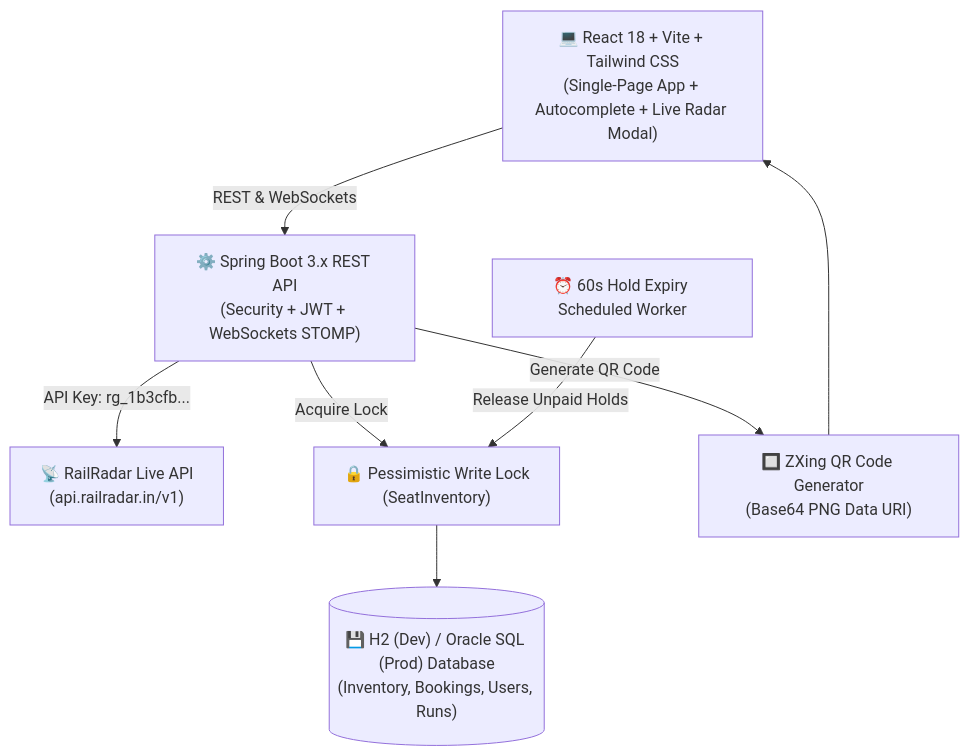
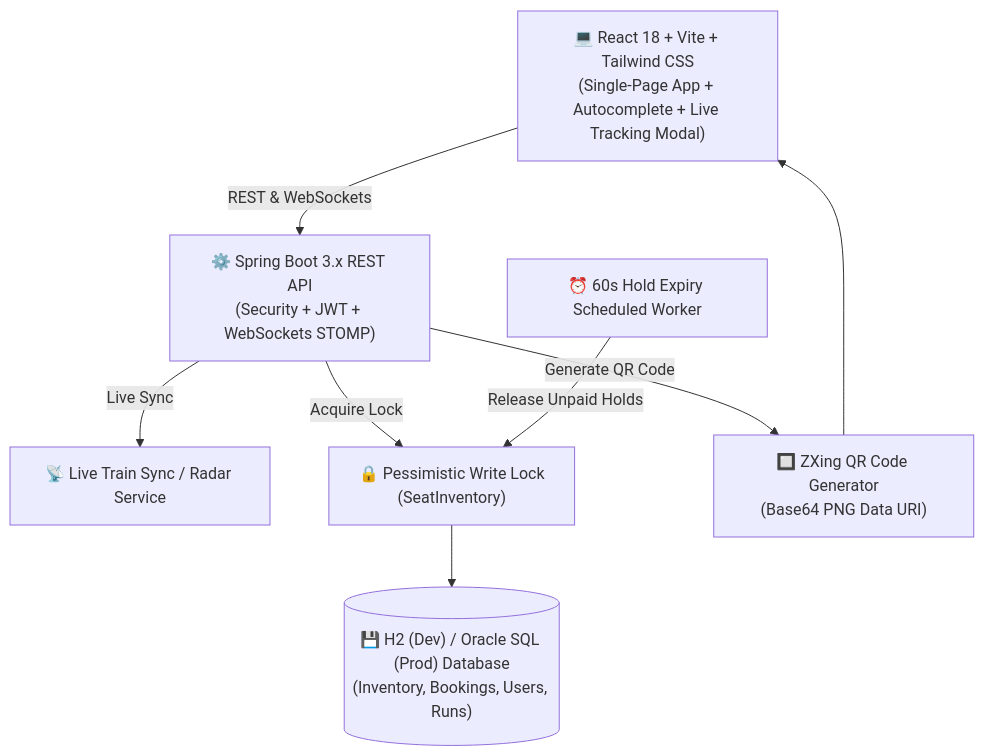
One commit to SumitKumar-990/Railway-Reservation-System changed the first of 2 diagrams in README.md. Above: the diagram before and after it, drawn with Mermaid. The commit also changed other lines of this file and 5 other files, not shown here.

````diff
--- a/README.md
+++ b/README.md
@@ -48,18 +118,18 @@
 ```mermaid
 graph TD
-    Client["💻 React 18 + Vite + Tailwind CSS<br/>(Single-Page App + Autocomplete + Live Radar Modal)"]
+    Client["💻 React 18 + Vite + Tailwind CSS<br/>(Single-Page App + Autocomplete + Live Tracking Modal)"]
     API["⚙️ Spring Boot 3.x REST API<br/>(Security + JWT + WebSockets STOMP)"]
-    RailRadar["📡 RailRadar Live API<br/>(api.railradar.in/v1)"]
+    LiveSync["📡 Live Train Sync / Radar Service"]
     Lock["🔒 Pessimistic Write Lock<br/>(SeatInventory)"]
     DB[("💾 H2 (Dev) / Oracle SQL (Prod) Database<br/>(Inventory, Bookings, Users, Runs)")]
     ExpJob["⏰ 60s Hold Expiry Scheduled Worker"]
     QR["🔲 ZXing QR Code Generator<br/>(Base64 PNG Data URI)"]
 
     Client -->|REST & WebSockets| API
-    API -->|API Key: rg_1b3cfb...| RailRadar
+    API -->|Live Sync| LiveSync
     API -->|Acquire Lock| Lock
     Lock --> DB
     ExpJob -->|Release Unpaid Holds| Lock
     API -->|Generate QR Code| QR
     QR --> Client
 ```
````
